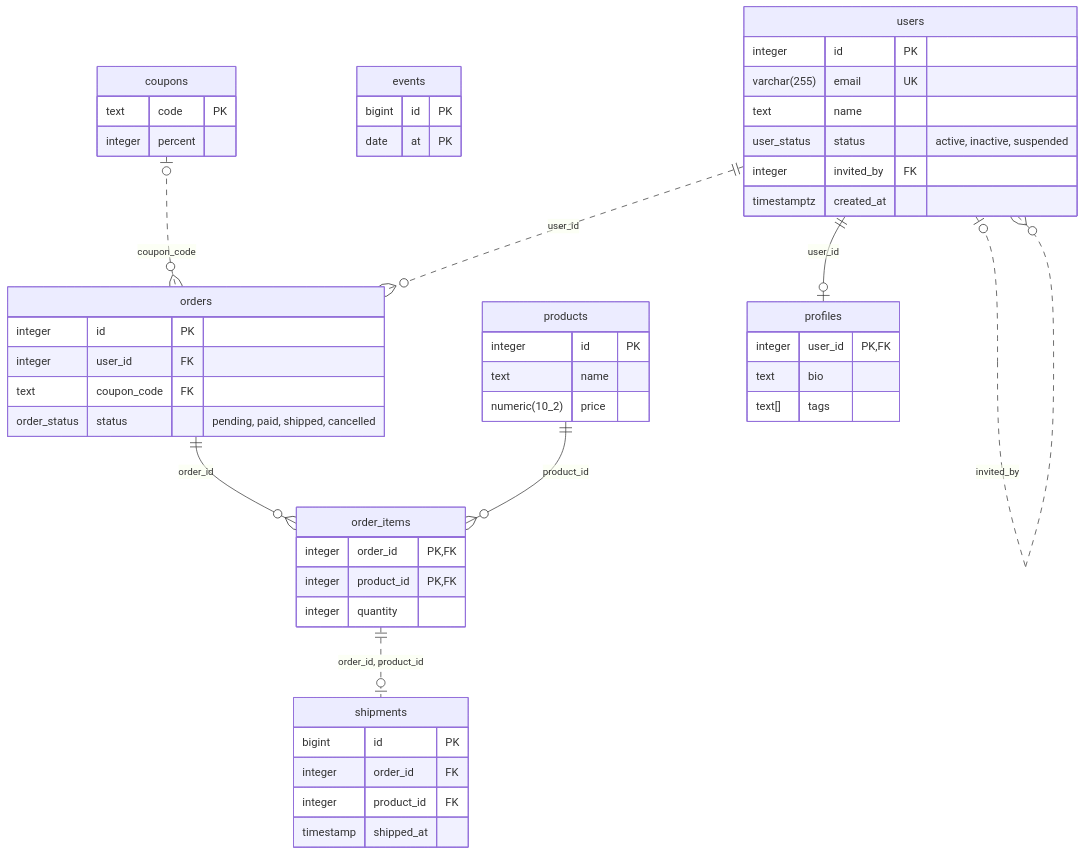
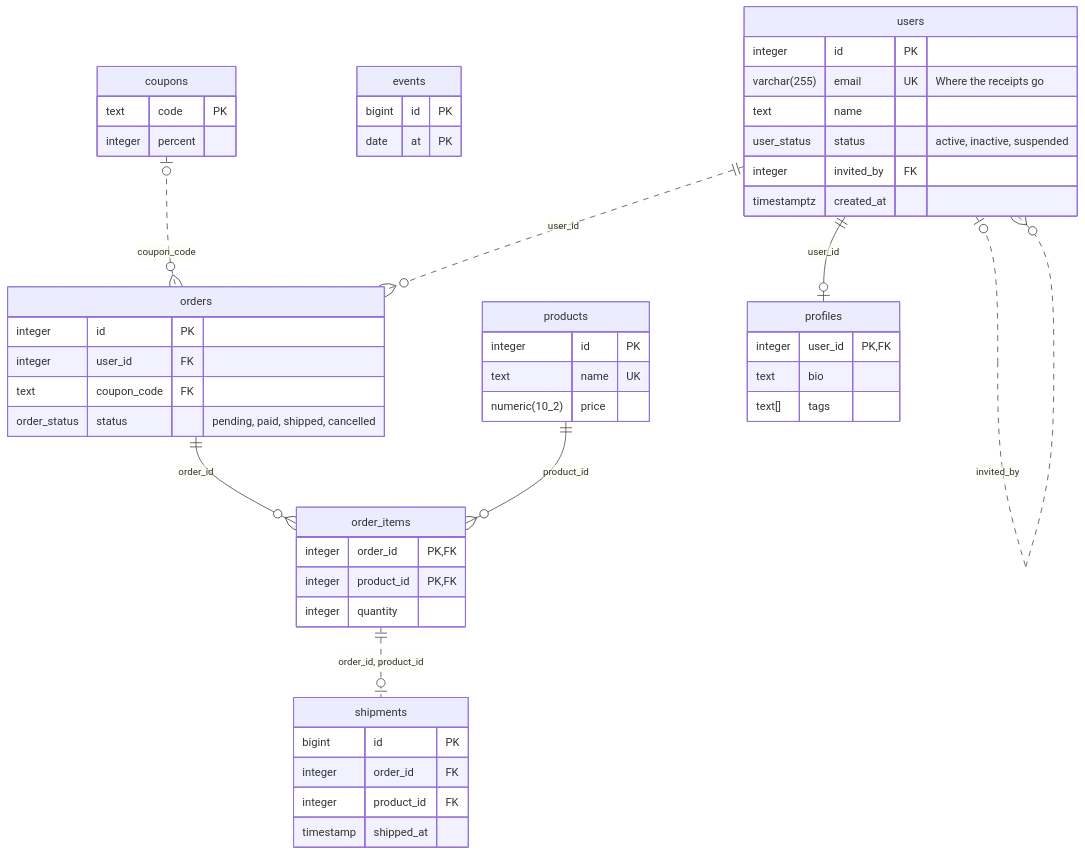
One commit to ViniciusDev26/er-diagram changed the diagram in example/database.mmd. Above: the diagram before and after it, drawn with Mermaid. The commit also changed 32 other files, not shown here.

```diff
--- a/example/database.mmd
+++ b/example/database.mmd
@@ -1,51 +1,51 @@
 erDiagram
     coupons {
         text code PK
         integer percent
     }
     events {
         bigint id PK
         date at PK
     }
     order_items {
         integer order_id PK, FK
         integer product_id PK, FK
         integer quantity
     }
     orders {
         integer id PK
         integer user_id FK
         text coupon_code FK
         order_status status "pending, paid, shipped, cancelled"
     }
     products {
         integer id PK
-        text name
+        text name UK
         numeric(10_2) price
     }
     profiles {
         integer user_id PK, FK
         text bio
         text[] tags
     }
     shipments {
         bigint id PK
         integer order_id FK
         integer product_id FK
         timestamp shipped_at
     }
     users {
         integer id PK
-        varchar(255) email UK
+        varchar(255) email UK "Where the receipts go"
         text name
         user_status status "active, inactive, suspended"
         integer invited_by FK
         timestamptz created_at
     }
     orders ||--o{ order_items : order_id
     products ||--o{ order_items : product_id
     users ||..o{ orders : user_id
     coupons |o..o{ orders : coupon_code
     users ||--o| profiles : user_id
     order_items ||..o| shipments : "order_id, product_id"
     users |o..o{ users : invited_by
```
